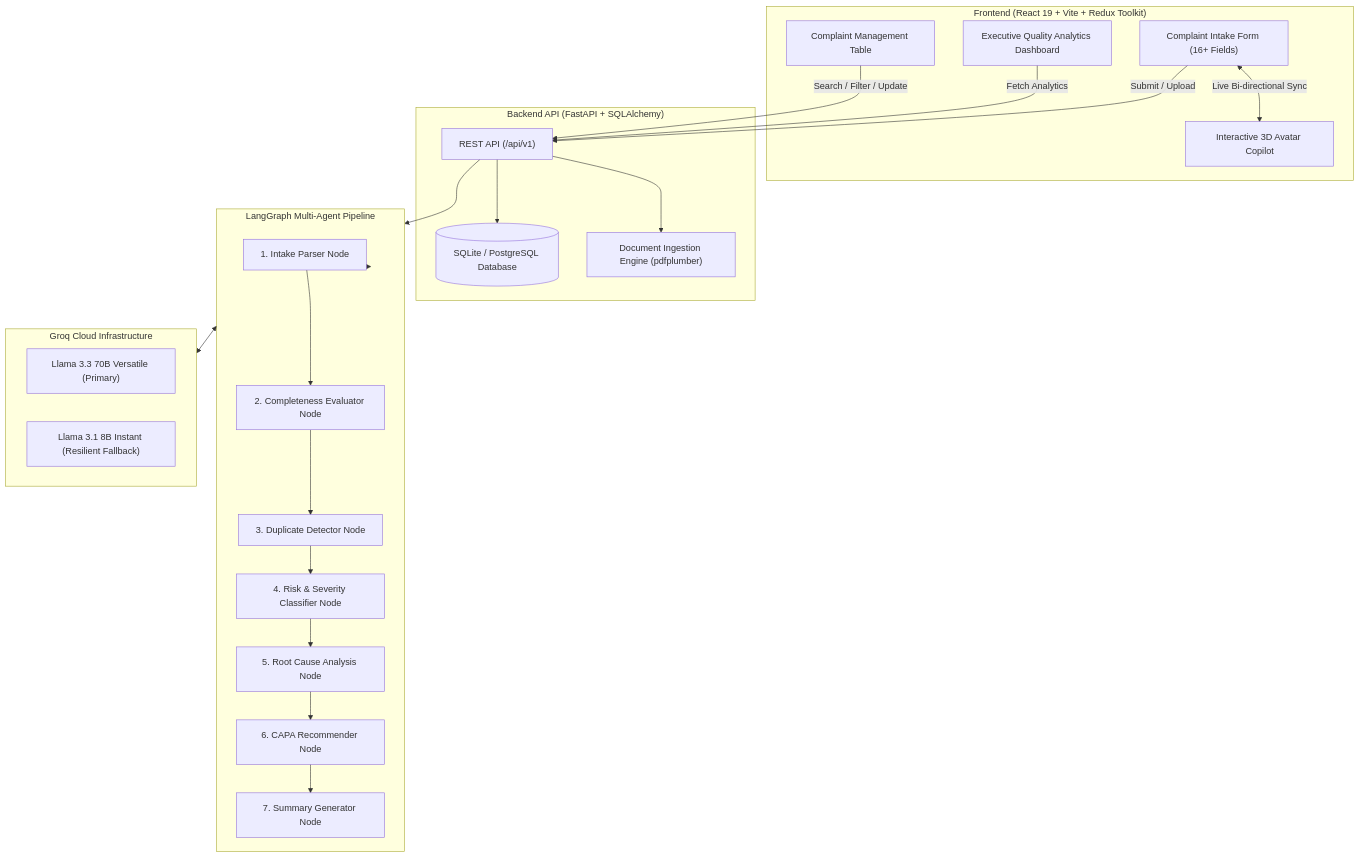
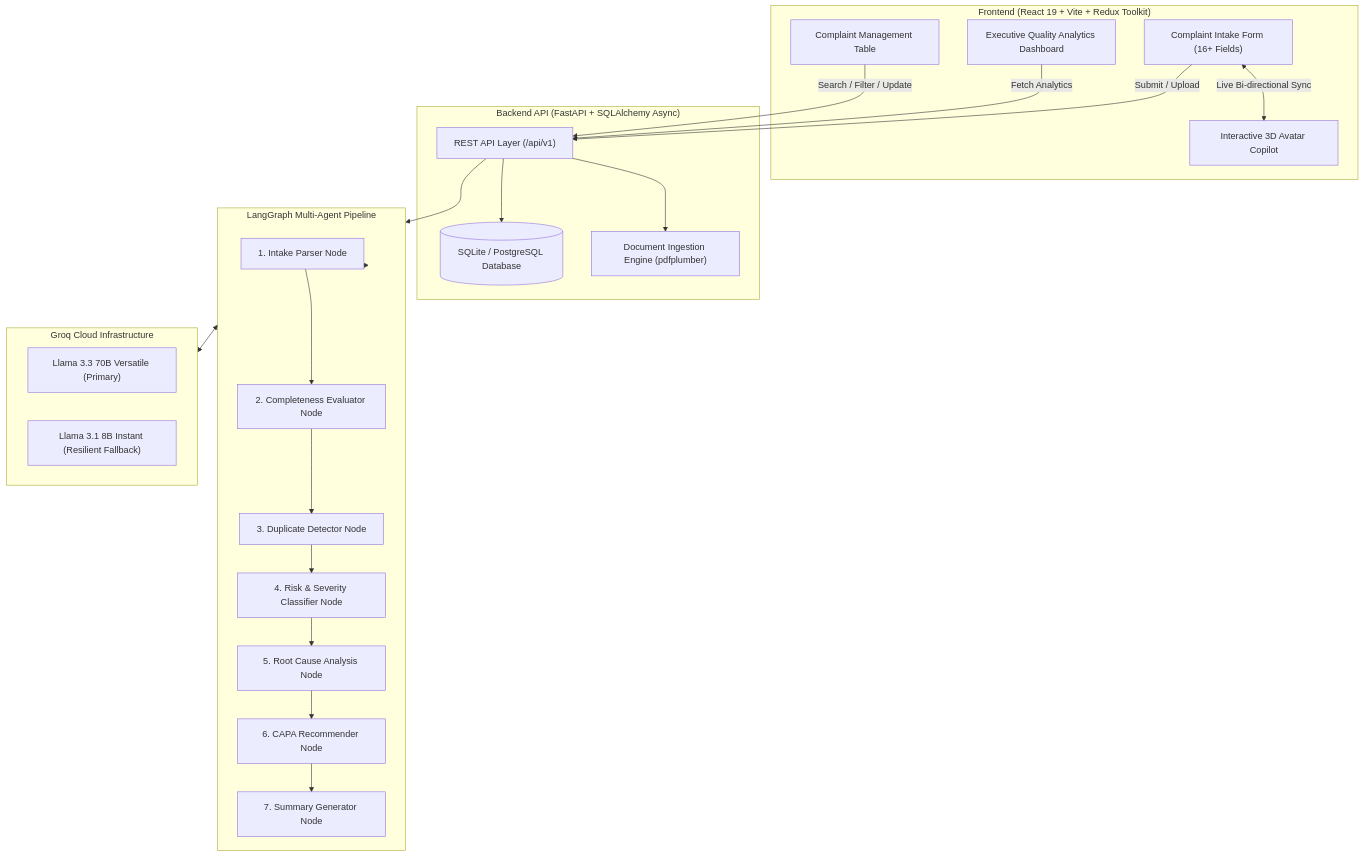
The first of 2 diagrams in README.md (07pavan/CUSTOMERai), drawn with Mermaid before and after one commit. The commit also changed other lines of this file and 137 other files, not shown here.

````diff
--- a/README.md
+++ b/README.md
@@ -33,40 +46,40 @@
 ```mermaid
 flowchart TD
     subgraph Frontend ["Frontend (React 19 + Vite + Redux Toolkit)"]
         UI_Form["Complaint Intake Form (16+ Fields)"]
         UI_Dash["Executive Quality Analytics Dashboard"]
         UI_Table["Complaint Management Table"]
         UI_Copilot["Interactive 3D Avatar Copilot"]
     end
 
-    subgraph Backend ["Backend API (FastAPI + SQLAlchemy)"]
-        API_Routes["REST API (/api/v1)"]
+    subgraph Backend ["Backend API (FastAPI + SQLAlchemy Async)"]
+        API_Routes["REST API Layer (/api/v1)"]
         DB_Layer[(SQLite / PostgreSQL Database)]
         Doc_Parser["Document Ingestion Engine (pdfplumber)"]
     end
 
     subgraph AI_Engine ["LangGraph Multi-Agent Pipeline"]
         N1["1. Intake Parser Node"]
         N2["2. Completeness Evaluator Node"]
         N3["3. Duplicate Detector Node"]
         N4["4. Risk & Severity Classifier Node"]
         N5["5. Root Cause Analysis Node"]
         N6["6. CAPA Recommender Node"]
         N7["7. Summary Generator Node"]
     end
 
     subgraph LLM_Cloud ["Groq Cloud Infrastructure"]
         M1["Llama 3.3 70B Versatile (Primary)"]
         M2["Llama 3.1 8B Instant (Resilient Fallback)"]
     end
 
     UI_Form <-->|Live Bi-directional Sync| UI_Copilot
     UI_Form -->|Submit / Upload| API_Routes
     UI_Dash -->|Fetch Analytics| API_Routes
     UI_Table -->|Search / Filter / Update| API_Routes
     API_Routes --> DB_Layer
     API_Routes --> Doc_Parser
     API_Routes --> AI_Engine
     AI_Engine --> N1 --> N2 --> N3 --> N4 --> N5 --> N6 --> N7
     AI_Engine <--> LLM_Cloud
 ```
````
